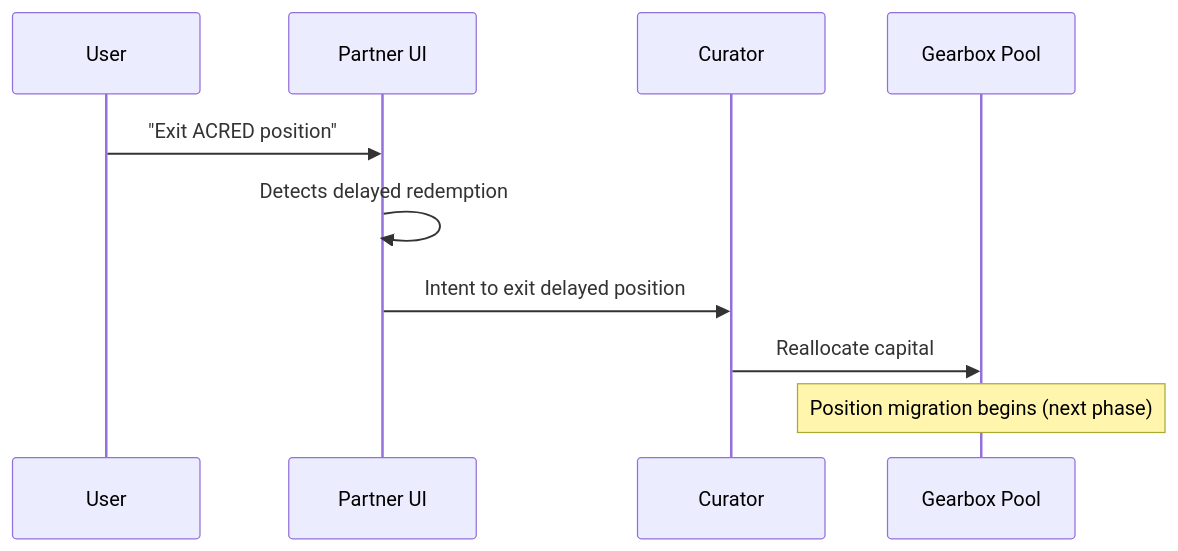
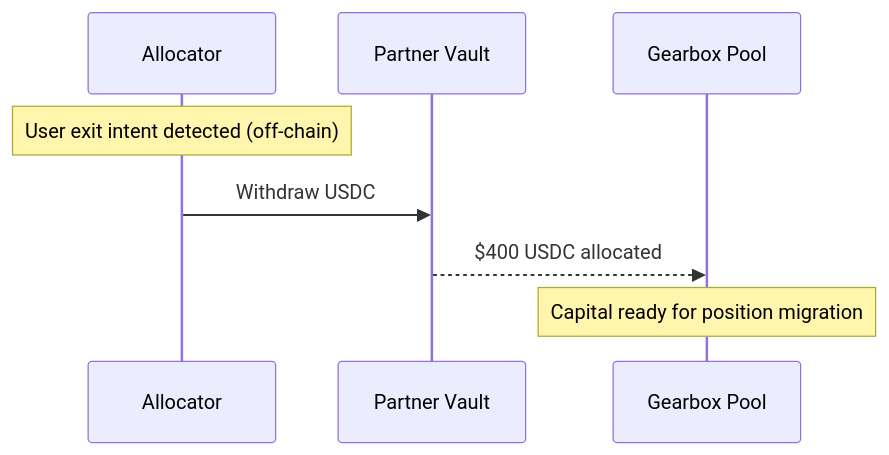
The sixth of 10 diagrams in reference/usecase-faster-rwa-settlement-with-leverage.md (Gearbox-protocol/docs-knowledge), drawn with Mermaid before and after one commit. The commit also changed other lines of this file, not shown here.

First line of the commit message:
docs: redesign Phase 1/4 diagrams to contract-level participants

````diff
--- a/reference/usecase-faster-rwa-settlement-with-leverage.md
+++ b/reference/usecase-faster-rwa-settlement-with-leverage.md
@@ -303,13 +266,11 @@
 ```mermaid
 sequenceDiagram
-    participant U as User
-    participant UI as Partner UI
-    participant C as Curator
+    participant A as Allocator
+    participant PV as Partner Vault
     participant GP as Gearbox Pool
 
-    U->>UI: "Exit ACRED position"
-    UI->>UI: Detects delayed redemption
-    UI->>C: Intent to exit delayed position
-    C->>GP: Reallocate capital
-    Note over GP: Position migration begins (next phase)
+    Note over A: User exit intent detected (off-chain)
+    A->>PV: Withdraw USDC
+    PV-->>GP: $400 USDC allocated
+    Note over GP: Capital ready for position migration
 ```
````
